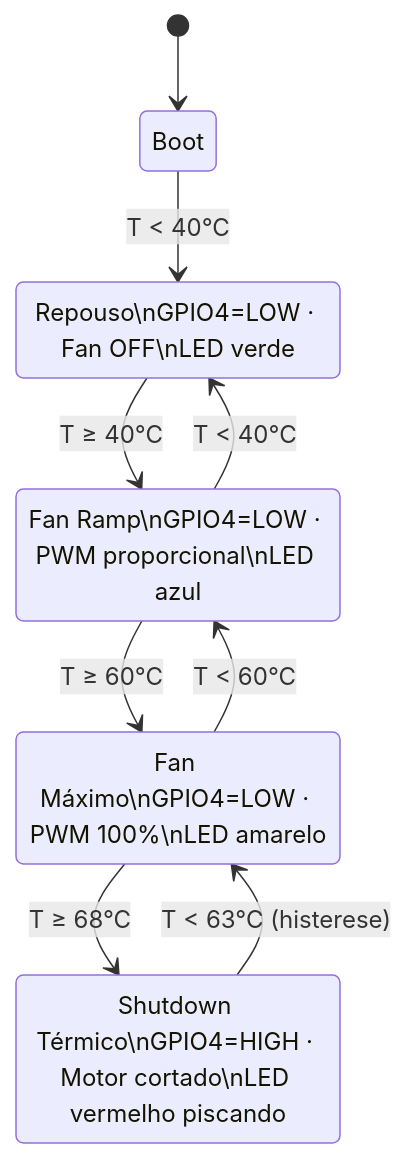
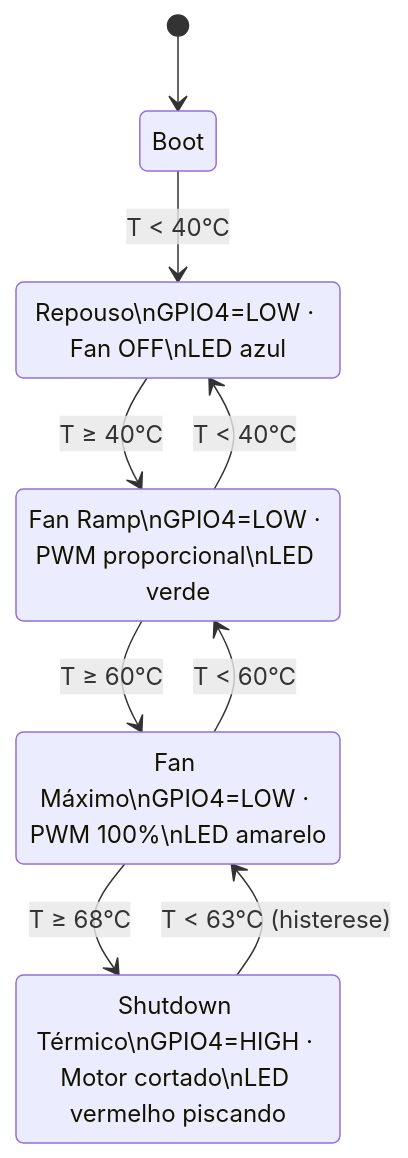
One commit to Jean-DrEaD/rs50-thermal-controller changed the second of 3 diagrams in README.md. Above: the diagram before and after it, drawn with Mermaid. The commit also changed other lines of this file and 2 other files, not shown here.

````diff
--- a/README.md
+++ b/README.md
@@ -103,16 +103,16 @@
 ```mermaid
 stateDiagram-v2
     [*] --> Boot
     Boot --> Repouso: T < 40°C
     Repouso --> FanRamp: T ≥ 40°C
     FanRamp --> FanMax: T ≥ 60°C
     FanMax --> Shutdown: T ≥ 68°C
     FanRamp --> Repouso: T < 40°C
     FanMax --> FanRamp: T < 60°C
     Shutdown --> FanMax: T < 63°C (histerese)
 
-    Repouso: Repouso\nGPIO4=LOW · Fan OFF\nLED verde
-    FanRamp: Fan Ramp\nGPIO4=LOW · PWM proporcional\nLED azul
+    Repouso: Repouso\nGPIO4=LOW · Fan OFF\nLED azul
+    FanRamp: Fan Ramp\nGPIO4=LOW · PWM proporcional\nLED verde
     FanMax: Fan Máximo\nGPIO4=LOW · PWM 100%\nLED amarelo
     Shutdown: Shutdown Térmico\nGPIO4=HIGH · Motor cortado\nLED vermelho piscando
 ```
````
